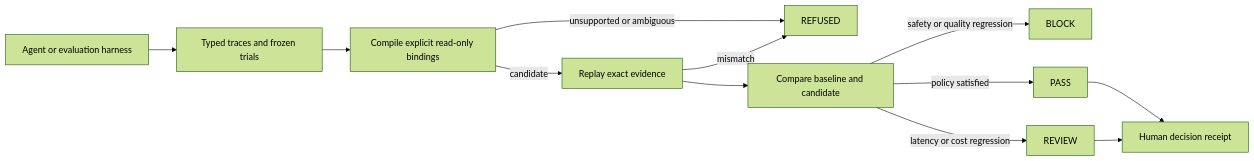
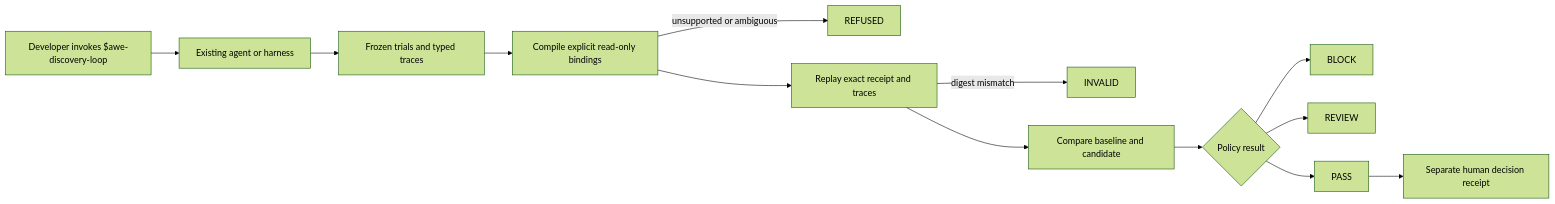
The first of 2 diagrams in README.md (kingggg5/awe-tracegate), drawn with Mermaid (forest theme) before and after one commit. The commit also changed other lines of this file and 23 other files, not shown here.

````diff
--- a/README.md
+++ b/README.md
@@ -82,14 +131,15 @@
 ```mermaid
 flowchart LR
-    H["Agent or evaluation harness"] --> T["Typed traces and frozen trials"]
-    T --> C["Compile explicit read-only bindings"]
-    C -->|"unsupported or ambiguous"| R["REFUSED"]
-    C -->|"candidate"| V["Replay exact evidence"]
-    V -->|"mismatch"| R
-    V --> E["Compare baseline and candidate"]
-    E -->|"safety or quality regression"| B["BLOCK"]
-    E -->|"latency or cost regression"| Q["REVIEW"]
-    E -->|"policy satisfied"| P["PASS"]
-    P --> M["Human decision receipt"]
-    Q --> M
+    User["Developer invokes $awe-discovery-loop"] --> Agent["Existing agent or harness"]
+    Agent --> Trials["Frozen trials and typed traces"]
+    Trials --> Compile["Compile explicit read-only bindings"]
+    Compile -->|"unsupported or ambiguous"| Refused["REFUSED"]
+    Compile --> Replay["Replay exact receipt and traces"]
+    Replay -->|"digest mismatch"| Invalid["INVALID"]
+    Replay --> Evaluate["Compare baseline and candidate"]
+    Evaluate --> Decision{"Policy result"}
+    Decision --> Block["BLOCK"]
+    Decision --> Review["REVIEW"]
+    Decision --> Pass["PASS"]
+    Pass --> Human["Separate human decision receipt"]
 ```
````
